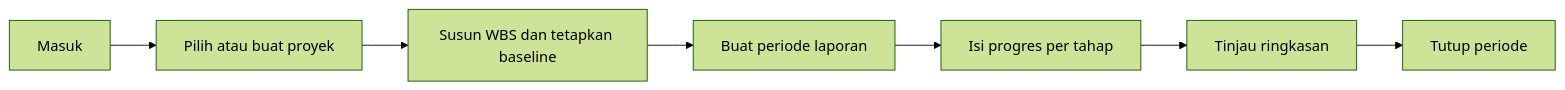
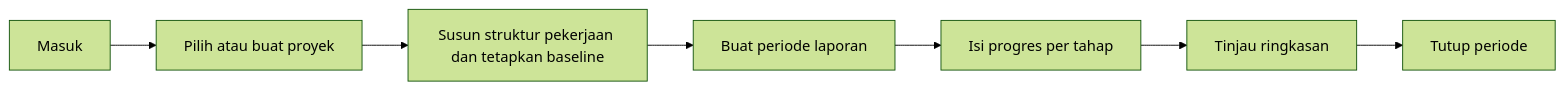
Before and after one commit to TryIndraHatmojo/SiMonitoringGalangan: the first of 3 diagrams in README.md, drawn with Mermaid (forest theme). The commit also changed other lines of this file and 16 other files, not shown here.

````diff
--- a/README.md
+++ b/README.md
@@ -5,9 +5,9 @@
 ```mermaid
 flowchart LR
     A["Masuk"] --> B["Pilih atau buat proyek"]
-    B --> C["Susun WBS dan tetapkan baseline"]
+    B --> C["Susun struktur pekerjaan dan tetapkan baseline"]
     C --> D["Buat periode laporan"]
     D --> E["Isi progres per tahap"]
     E --> F["Tinjau ringkasan"]
     F --> G["Tutup periode"]
 ```
````
